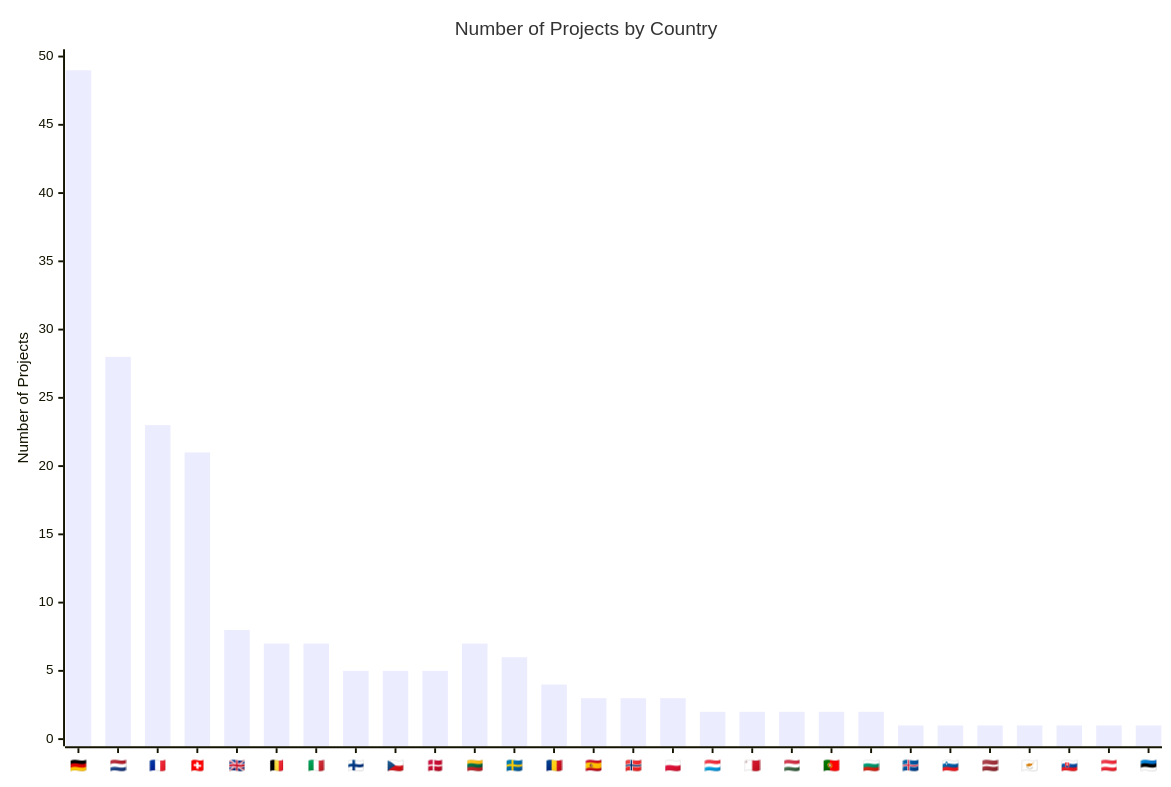
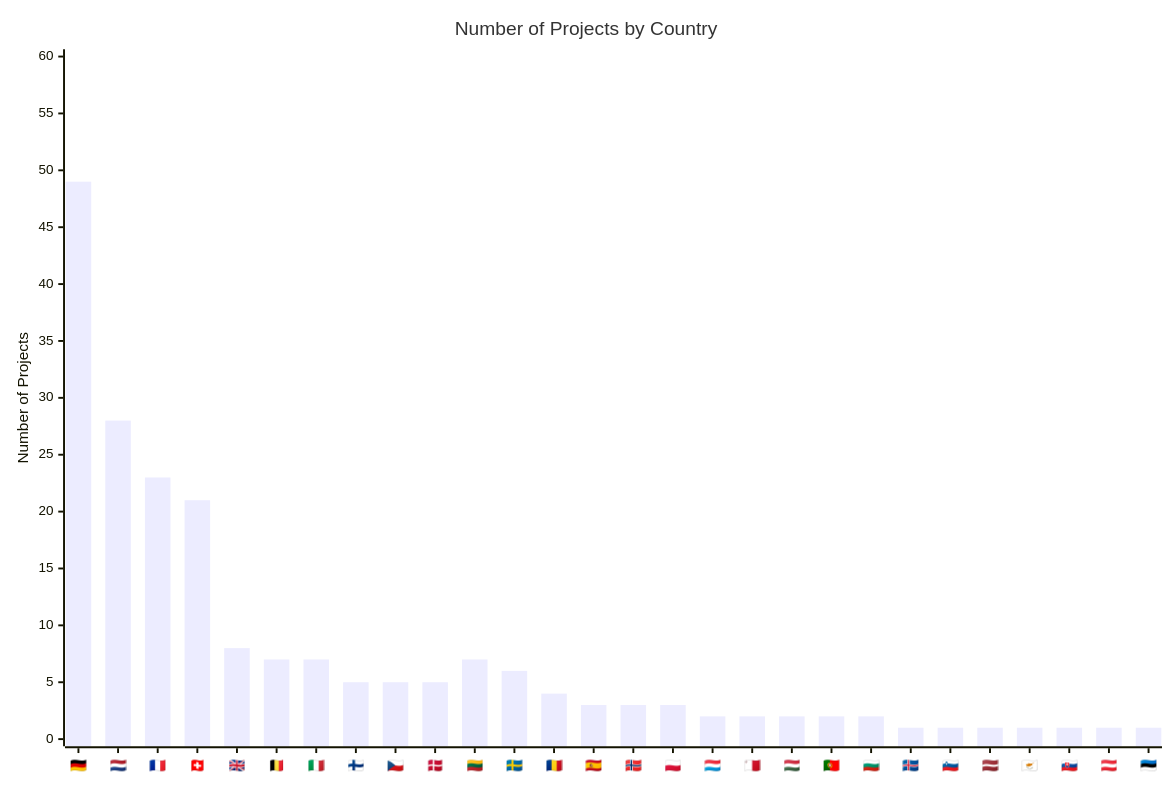
Before and after one commit to uscneps/Awesome-European-Tech: the diagram in README.md, drawn with Mermaid.

Commit message:
feat : increase graph x

````diff
--- a/README.md
+++ b/README.md
@@ -78,18 +78,18 @@
 ```mermaid
 ---
 config:
     xyChart:
         width: 1200
         height: 800
     themeVariables:
         xyChart:
             titleColor: "#80808"
             xAxis:
                 labelFontSize: 12
 ---
 xychart-beta
     title "Number of Projects by Country"
     x-axis ["🇩🇪", "🇳🇱", "🇫🇷", "🇨🇭", "🇬🇧", "🇧🇪", "🇮🇹", "🇫🇮", "🇨🇿", "🇩🇰", "🇱🇹", "🇸🇪", "🇷🇴", "🇪🇸", "🇳🇴", "🇵🇱", "🇱🇺", "🇲🇹", "🇭🇺", "🇵🇹", "🇧🇬", "🇮🇸", "🇸🇮", "🇱🇻", "🇨🇾", "🇸🇰", "🇦🇹", "🇪🇪"]
-    y-axis "Number of Projects" 0 --> 50
+    y-axis "Number of Projects" 0 --> 60
     bar [49, 28, 23, 21, 8, 7, 7, 5, 5, 5, 7, 6, 4, 3, 3, 3, 2, 2, 2, 2, 2, 1, 1, 1, 1, 1, 1, 1]
 ```
````
